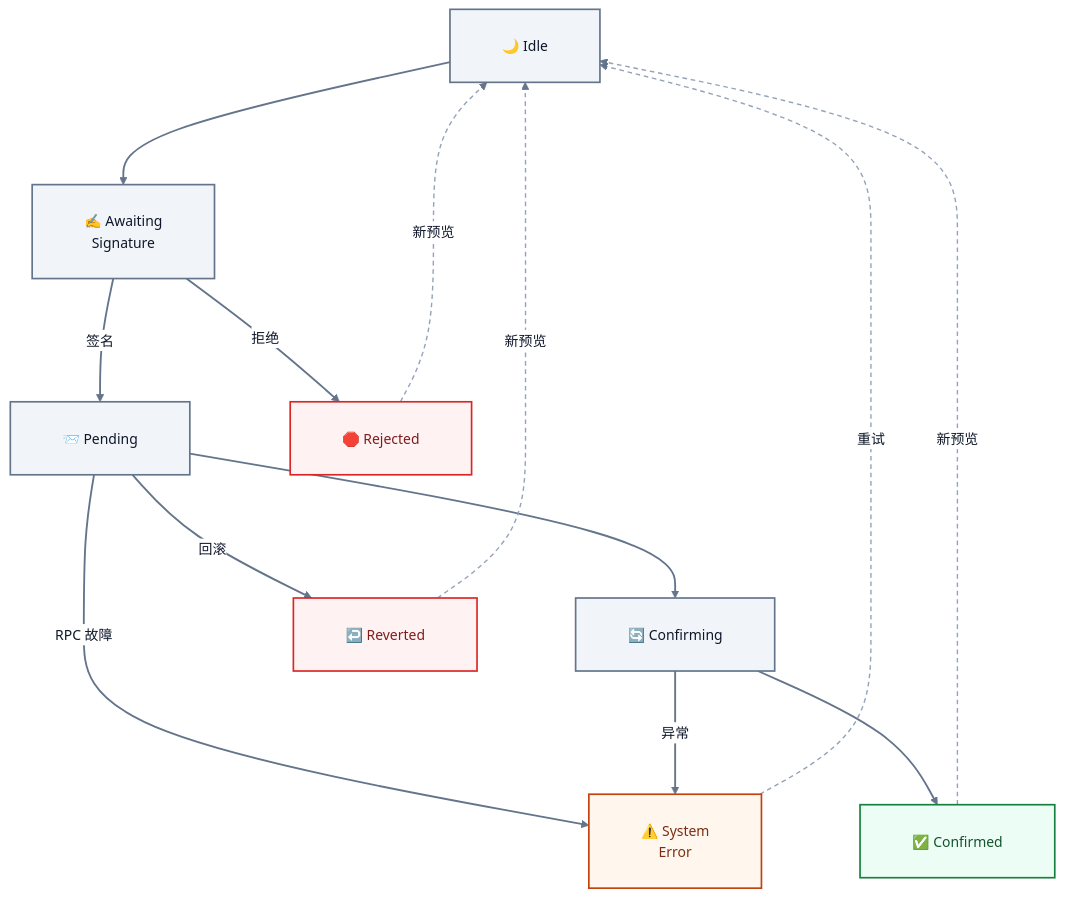
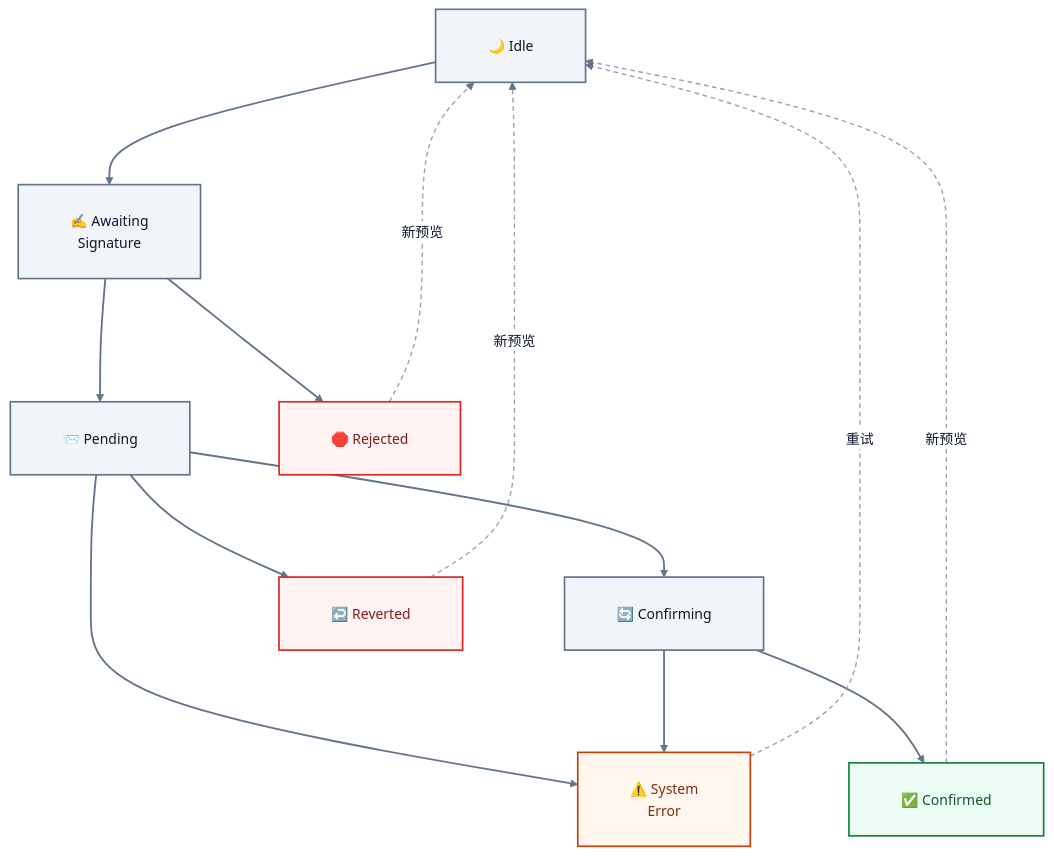
The seventh of 8 diagrams in README.md (sunshineluyao/Moss-Mcp-Transaction), drawn with Mermaid before and after one commit. The commit also changed other lines of this file and 1 other file, not shown here.

Commit message:
docs: enforce Mermaid anti-clipping rules and finalize label fixes

````diff
--- a/README.md
+++ b/README.md
@@ -730,30 +730,30 @@
 ```mermaid
 %%{init: {'theme':'base','flowchart': {'htmlLabels': true, 'nodeSpacing': 96, 'rankSpacing': 110, 'curve': 'basis', 'padding': 28, 'diagramPadding': 24, 'wrappingWidth': 260},'themeVariables': {'fontFamily':'Inter, Segoe UI, sans-serif','fontSize':'15px','primaryTextColor':'#0f172a','lineColor':'#64748b','clusterBkg':'#f8fafc','clusterBorder':'#cbd5e1','edgeLabelBackground':'#ffffff','primaryBorderColor':'#2563eb','primaryColor':'#eff6ff'}}}%%
 flowchart TB
   Idle["🌙 Idle"] --> Awaiting["✍️ Awaiting<br/>Signature"]
-  Awaiting -->|签名| Pending["📨 Pending"]
-  Awaiting -->|拒绝| Rejected["🛑 Rejected"]
+  Awaiting --> Pending["📨 Pending"]
+  Awaiting --> Rejected["🛑 Rejected"]
 
   Pending --> Confirming["🔄 Confirming"]
   Confirming --> Confirmed["✅ Confirmed"]
-  Pending -->|回滚| Reverted["↩️ Reverted"]
-  Pending -->|RPC 故障| SystemError["⚠️ System<br/>Error"]
-  Confirming -->|异常| SystemError
+  Pending --> Reverted["↩️ Reverted"]
+  Pending --> SystemError["⚠️ System<br/>Error"]
+  Confirming --> SystemError
 
   Rejected -.->|新预览| Idle
   Reverted -.->|新预览| Idle
   SystemError -.->|重试| Idle
   Confirmed -.->|新预览| Idle
 
   classDef neutral fill:#f1f5f9,stroke:#64748b,stroke-width:1.8px,color:#0f172a;
   classDef success fill:#ecfdf5,stroke:#15803d,stroke-width:1.8px,color:#14532d;
   classDef danger fill:#fef2f2,stroke:#dc2626,stroke-width:1.8px,color:#7f1d1d;
   classDef warn fill:#fff7ed,stroke:#c2410c,stroke-width:1.8px,color:#7c2d12;
 
   class Idle,Awaiting,Pending,Confirming neutral;
   class Confirmed success;
   class Rejected,Reverted danger;
   class SystemError warn;
   linkStyle 8,9,10,11 stroke:#94a3b8,stroke-width:1.5px,stroke-dasharray:5 4;
   linkStyle default stroke:#64748b,stroke-width:2px;
 ```
````
